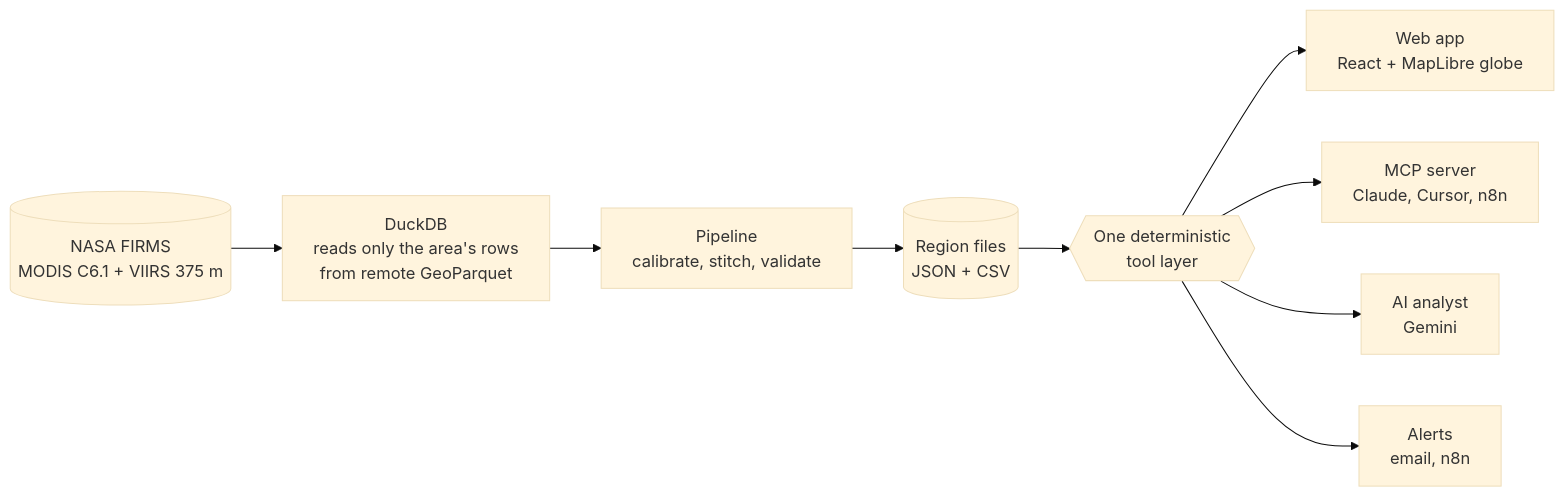
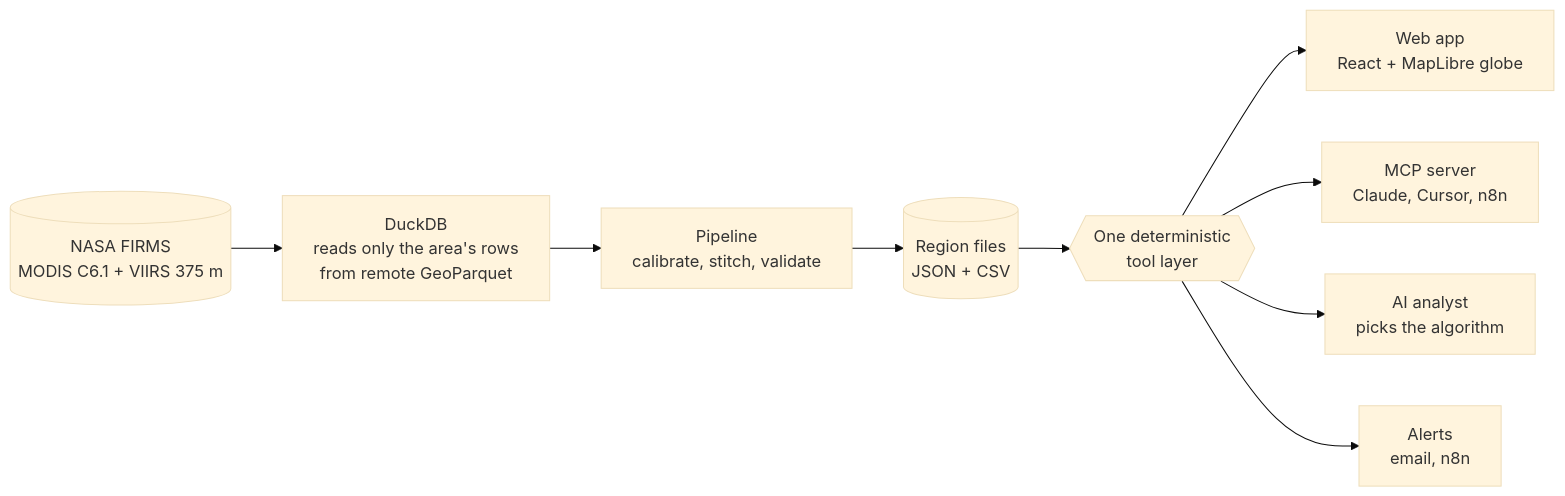
One commit to Aalvee-Aarham/nasaspaceappschallenge-2026-team-off-the-binary changed the second of 2 diagrams in README.md. Above: the diagram before and after it, drawn with Mermaid (base theme). The commit also changed other lines of this file and 1 other file, not shown here.

````diff
--- a/README.md
+++ b/README.md
@@ -312,11 +399,11 @@
 ```mermaid
 flowchart LR
   F[("NASA FIRMS<br/>MODIS C6.1 + VIIRS 375 m")] --> D["DuckDB<br/>reads only the area's rows<br/>from remote GeoParquet"]
   D --> B["Pipeline<br/>calibrate, stitch, validate"]
   B --> J[("Region files<br/>JSON + CSV")]
   J --> TL{{"One deterministic<br/>tool layer"}}
   TL --> W["Web app<br/>React + MapLibre globe"]
   TL --> M["MCP server<br/>Claude, Cursor, n8n"]
-  TL --> G["AI analyst<br/>Gemini"]
+  TL --> G["AI analyst<br/>picks the algorithm"]
   TL --> AL["Alerts<br/>email, n8n"]
 ```
````
